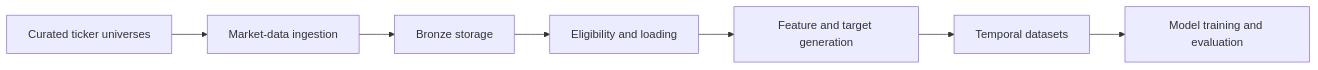
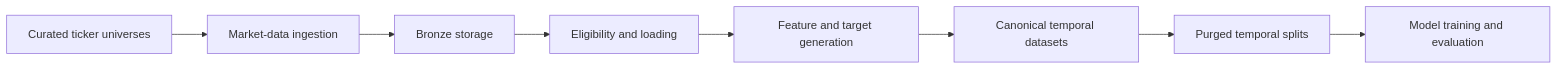
The first of 2 diagrams in docs/architecture/overview.md (Frallmeister/swingtrader-app), drawn with Mermaid before and after one commit. The commit also changed other lines of this file and 17 other files, not shown here.

First line of the commit message:
Implement purged temporal splitting and dataset diagnostics (#119)

````diff
--- a/docs/architecture/overview.md
+++ b/docs/architecture/overview.md
@@ -9,9 +9,10 @@
 ```mermaid
 flowchart LR
     A[Curated ticker universes] --> B[Market-data ingestion]
     B --> C[Bronze storage]
     C --> D[Eligibility and loading]
     D --> E[Feature and target generation]
-    E --> F[Temporal datasets]
-    F --> G[Model training and evaluation]
+    E --> F[Canonical temporal datasets]
+    F --> G[Purged temporal splits]
+    G --> H[Model training and evaluation]
 ```
````
